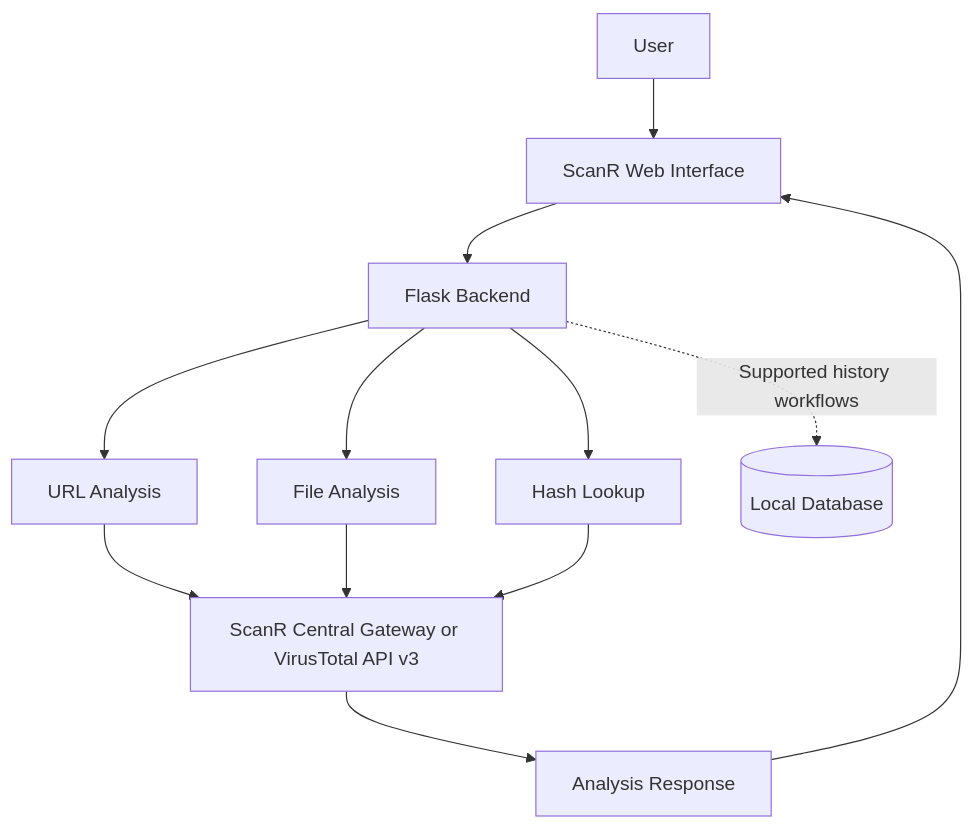
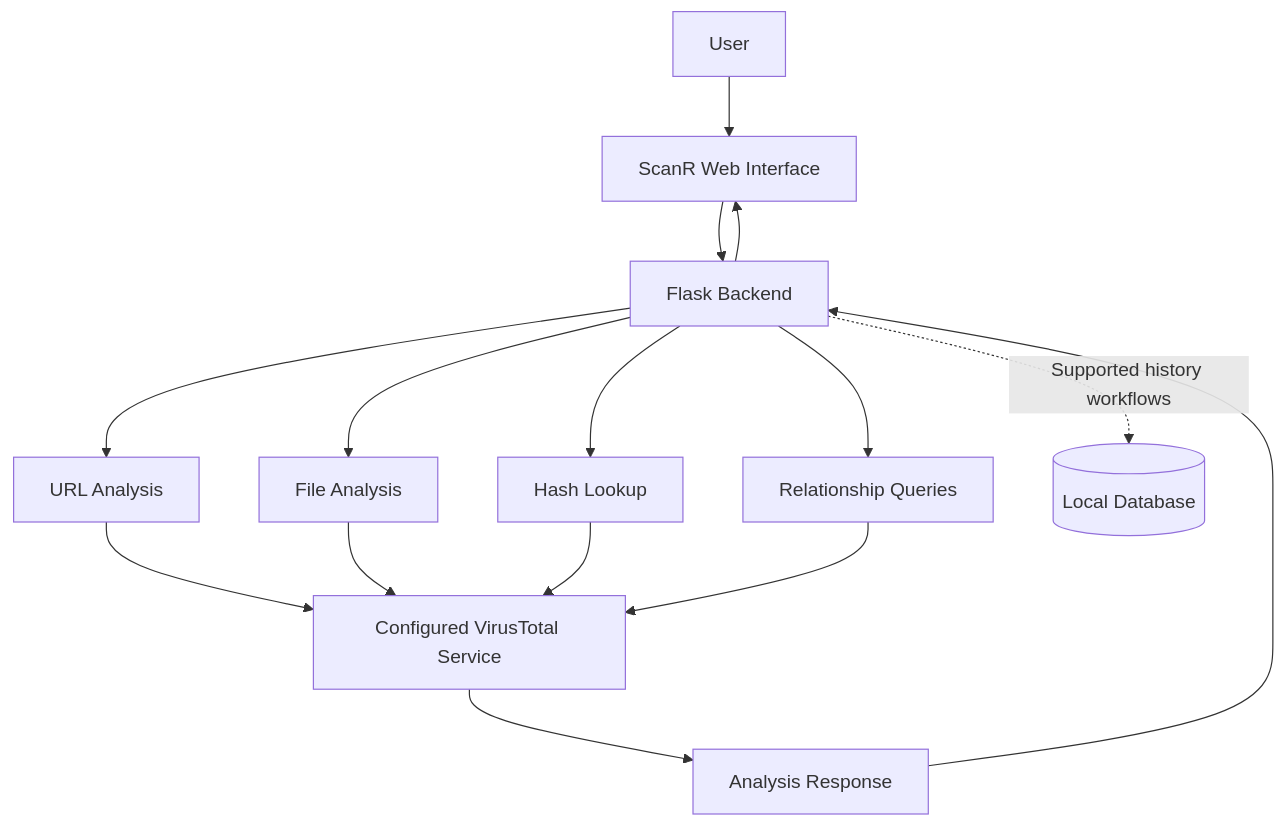
One commit to GhostMaskR/ScanR changed the diagram in README.md. Above: the diagram before and after it, drawn with Mermaid. The commit also changed other lines of this file, not shown here.

````diff
--- a/README.md
+++ b/README.md
@@ -70,14 +144,21 @@
-``` mermaid
+```mermaid
 flowchart TD
-    U[User] --> UI[ScanR Web Interface]
+    USER[User] --> UI[ScanR Web Interface]
     UI --> APP[Flask Backend]
+
     APP --> URL[URL Analysis]
     APP --> FILE[File Analysis]
     APP --> HASH[Hash Lookup]
-    URL --> VT[ScanR Central Gateway or VirusTotal API v3]
-    FILE --> VT
-    HASH --> VT
-    VT --> RESULT[Analysis Response]
-    RESULT --> UI
+    APP --> REL[Relationship Queries]
+
+    URL --> SERVICE[Configured VirusTotal Service]
+    FILE --> SERVICE
+    HASH --> SERVICE
+    REL --> SERVICE
+
+    SERVICE --> RESULT[Analysis Response]
+    RESULT --> APP
+    APP --> UI
+
     APP -. Supported history workflows .-> DB[(Local Database)]
 ```
````
